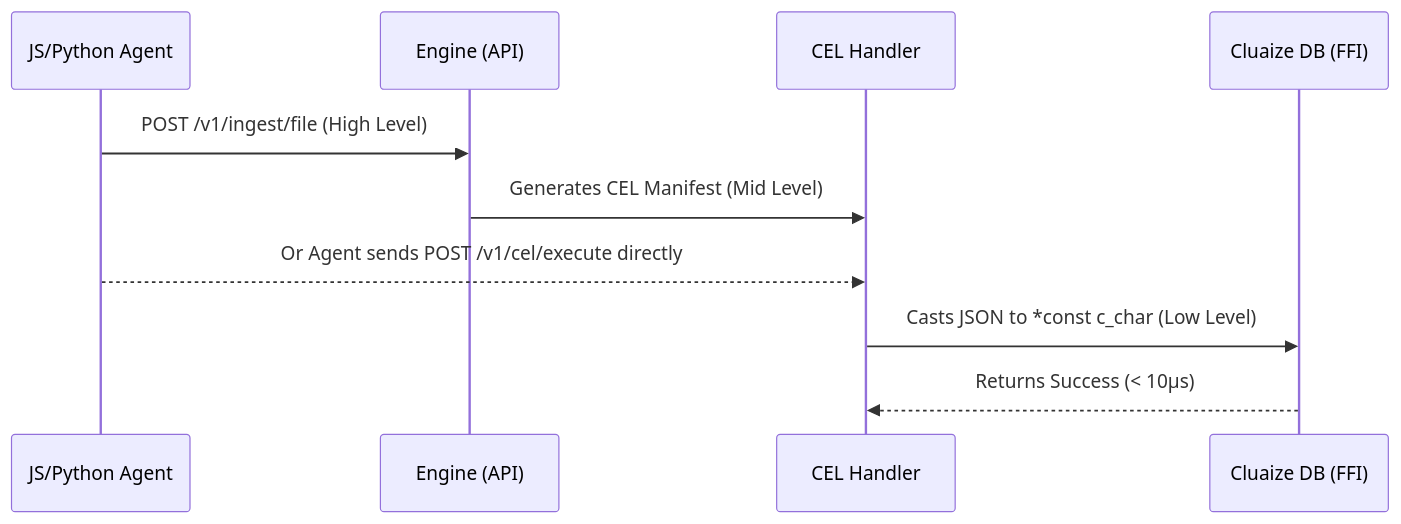
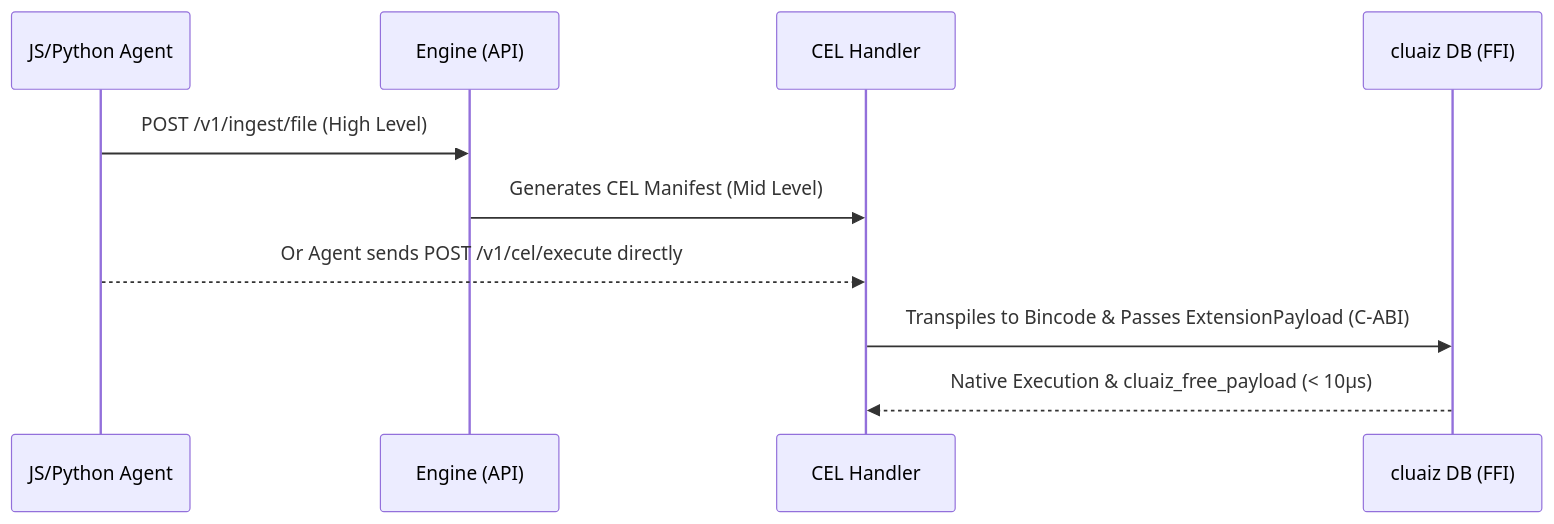
The diagram in docs/architecture/cel-ffi-api-execution.md (ayan-kushwaha/Cluaiz-), drawn with Mermaid before and after one commit. The commit also changed other lines of this file and 441 other files, not shown here.

Commit message:
Refactor core orchestrator architecture and migrate FFI bindings to plugin system

````diff
--- a/docs/architecture/cel-ffi-api-execution.md
+++ b/docs/architecture/cel-ffi-api-execution.md
@@ -12,13 +12,13 @@
 ```mermaid
 sequenceDiagram
     participant JS/Python Agent
     participant Engine (API)
     participant CEL Handler
-    participant Cluaize DB (FFI)
+    participant cluaiz DB (FFI)
 
     JS/Python Agent->>Engine (API): POST /v1/ingest/file (High Level)
     Engine (API)->>CEL Handler: Generates CEL Manifest (Mid Level)
     JS/Python Agent-->>CEL Handler: Or Agent sends POST /v1/cel/execute directly
-    CEL Handler->>Cluaize DB (FFI): Casts JSON to *const c_char (Low Level)
-    Cluaize DB (FFI)-->>CEL Handler: Returns Success (< 10µs)
+    CEL Handler->>cluaiz DB (FFI): Transpiles to Bincode & Passes ExtensionPayload (C-ABI)
+    cluaiz DB (FFI)-->>CEL Handler: Native Execution & cluaiz_free_payload (< 10µs)
 ```
````
